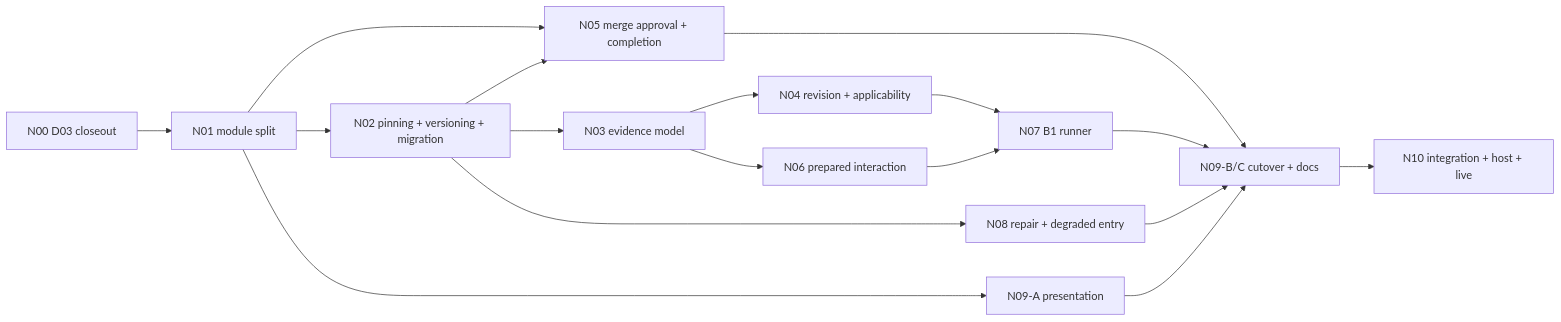
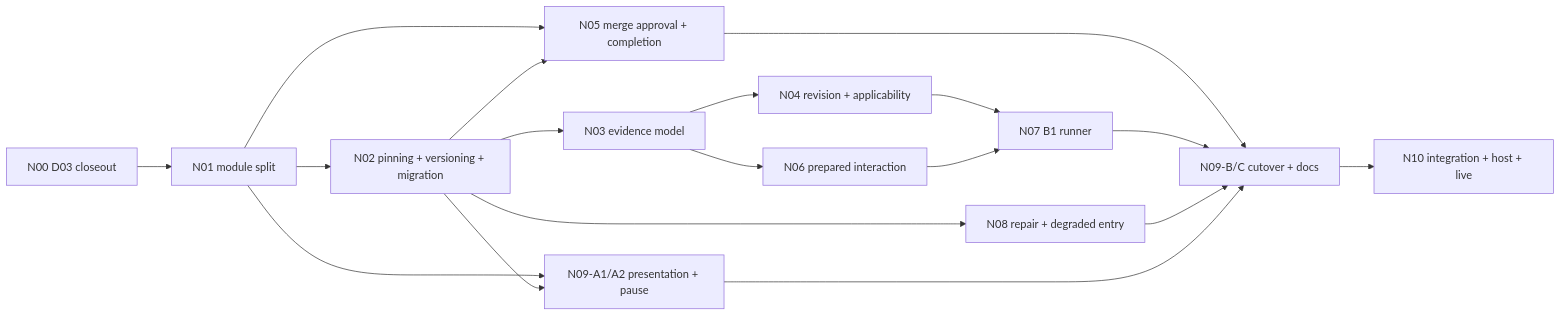
One commit to maba-pag/owlbear changed the diagram in .owlbear/research/delivery-redesign-execution-plan.md. Above: the diagram before and after it, drawn with Mermaid. The commit also changed other lines of this file and 1 other file, not shown here.

Commit message:
docs: plan N09-A1/A2 continuation entry and pause (#N09-P1, copilot)

````diff
--- a/.owlbear/research/delivery-redesign-execution-plan.md
+++ b/.owlbear/research/delivery-redesign-execution-plan.md
@@ -526,19 +528,20 @@
 ```mermaid
 flowchart LR
   N00[N00 D03 closeout] --> N01[N01 module split]
   N01 --> N02[N02 pinning + versioning + migration]
   N01 --> N05[N05 merge approval + completion]
   N02 --> N03[N03 evidence model]
   N02 --> N05
   N02 --> N08[N08 repair + degraded entry]
   N03 --> N04[N04 revision + applicability]
   N03 --> N06[N06 prepared interaction]
   N04 --> N07[N07 B1 runner]
   N06 --> N07
-  N01 --> N09A[N09-A presentation]
+  N01 --> N09A[N09-A1/A2 presentation + pause]
+  N02 --> N09A
   N05 --> N09B[N09-B/C cutover + docs]
   N07 --> N09B
   N08 --> N09B
   N09A --> N09B
   N09B --> N10[N10 integration + host + live]
 ```
````
